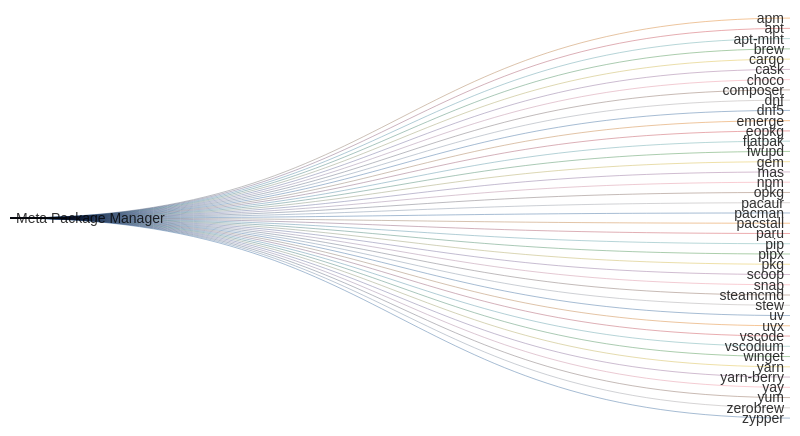
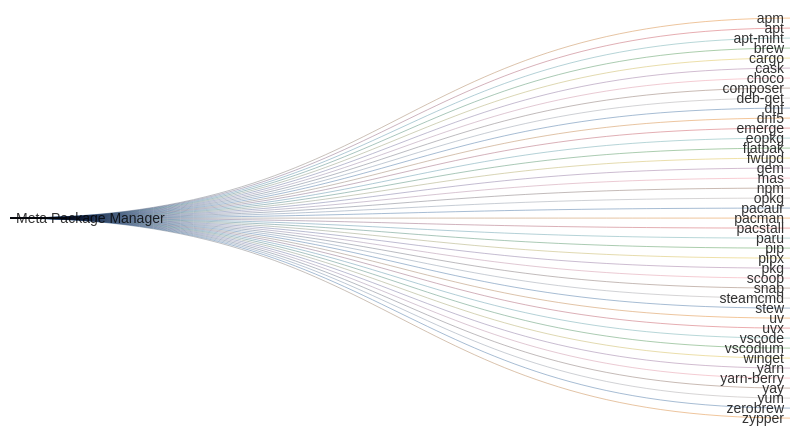
Before and after one commit to kdeldycke/meta-package-manager: the diagram in readme.md, drawn with Mermaid. The commit also changed other lines of this file and 9 other files, not shown here.

First line of the commit message:
Add deb-get package manager

````diff
--- a/readme.md
+++ b/readme.md
@@ -70,47 +70,48 @@
 ```mermaid
 ---
 config: {"sankey": {"showValues": false, "width": 800, "height": 400}}
 ---
 sankey-beta
 
 Meta Package Manager,apm,1
 Meta Package Manager,apt,1
 Meta Package Manager,apt-mint,1
 Meta Package Manager,brew,1
 Meta Package Manager,cargo,1
 Meta Package Manager,cask,1
 Meta Package Manager,choco,1
 Meta Package Manager,composer,1
+Meta Package Manager,deb-get,1
 Meta Package Manager,dnf,1
 Meta Package Manager,dnf5,1
 Meta Package Manager,emerge,1
 Meta Package Manager,eopkg,1
 Meta Package Manager,flatpak,1
 Meta Package Manager,fwupd,1
 Meta Package Manager,gem,1
 Meta Package Manager,mas,1
 Meta Package Manager,npm,1
 Meta Package Manager,opkg,1
 Meta Package Manager,pacaur,1
 Meta Package Manager,pacman,1
 Meta Package Manager,pacstall,1
 Meta Package Manager,paru,1
 Meta Package Manager,pip,1
 Meta Package Manager,pipx,1
 Meta Package Manager,pkg,1
 Meta Package Manager,scoop,1
 Meta Package Manager,snap,1
 Meta Package Manager,steamcmd,1
 Meta Package Manager,stew,1
 Meta Package Manager,uv,1
 Meta Package Manager,uvx,1
 Meta Package Manager,vscode,1
 Meta Package Manager,vscodium,1
 Meta Package Manager,winget,1
 Meta Package Manager,yarn,1
 Meta Package Manager,yarn-berry,1
 Meta Package Manager,yay,1
 Meta Package Manager,yum,1
 Meta Package Manager,zerobrew,1
 Meta Package Manager,zypper,1
 ```
````
